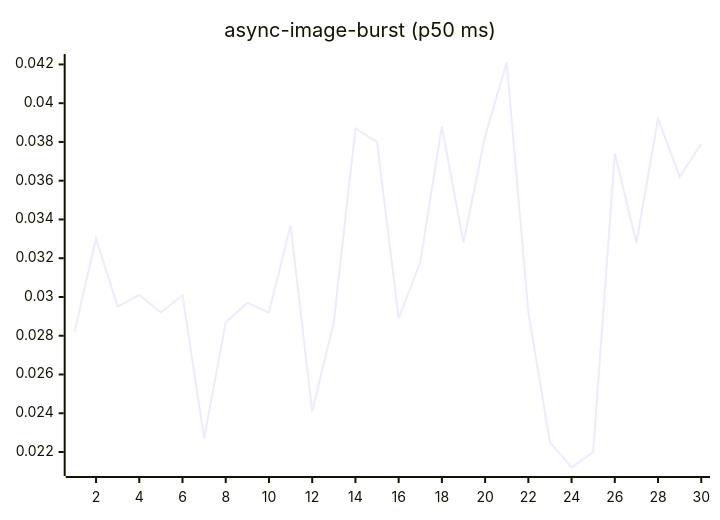
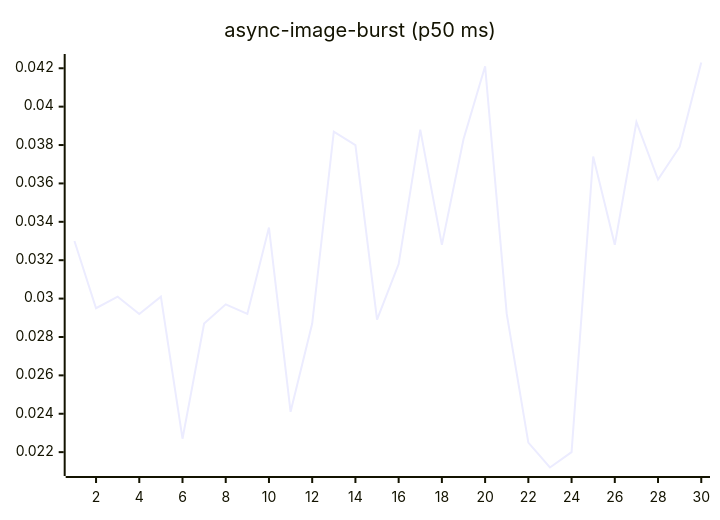
The fourth of 27 diagrams in README.md (josha/Facet), drawn with Mermaid before and after one commit. The commit also changed other lines of this file and 2 other files, not shown here.

````diff
--- a/README.md
+++ b/README.md
@@ -84,6 +84,6 @@
 ```mermaid
 xychart-beta
     title "async-image-burst (p50 ms)"
     x-axis 1 --> 30
-    line [0.0282, 0.0330, 0.0295, 0.0301, 0.0292, 0.0301, 0.0227, 0.0287, 0.0297, 0.0292, 0.0337, 0.0241, 0.0287, 0.0387, 0.0380, 0.0289, 0.0318, 0.0388, 0.0328, 0.0383, 0.0421, 0.0292, 0.0225, 0.0212, 0.0220, 0.0374, 0.0328, 0.0392, 0.0362, 0.0379]
+    line [0.0330, 0.0295, 0.0301, 0.0292, 0.0301, 0.0227, 0.0287, 0.0297, 0.0292, 0.0337, 0.0241, 0.0287, 0.0387, 0.0380, 0.0289, 0.0318, 0.0388, 0.0328, 0.0383, 0.0421, 0.0292, 0.0225, 0.0212, 0.0220, 0.0374, 0.0328, 0.0392, 0.0362, 0.0379, 0.0423]
 ```
````
